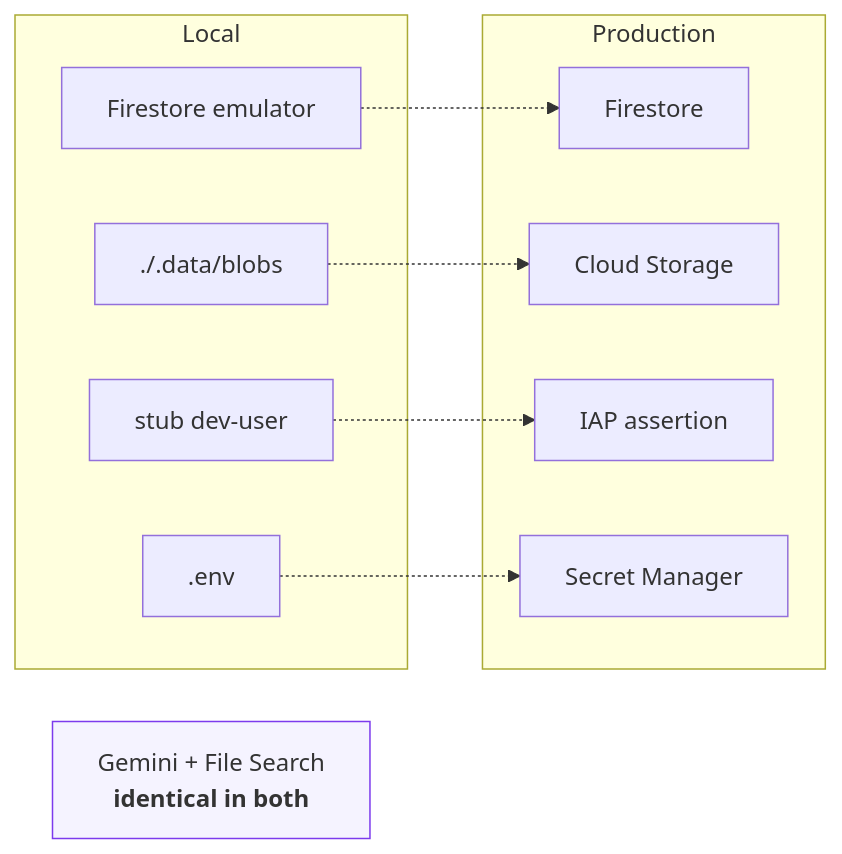
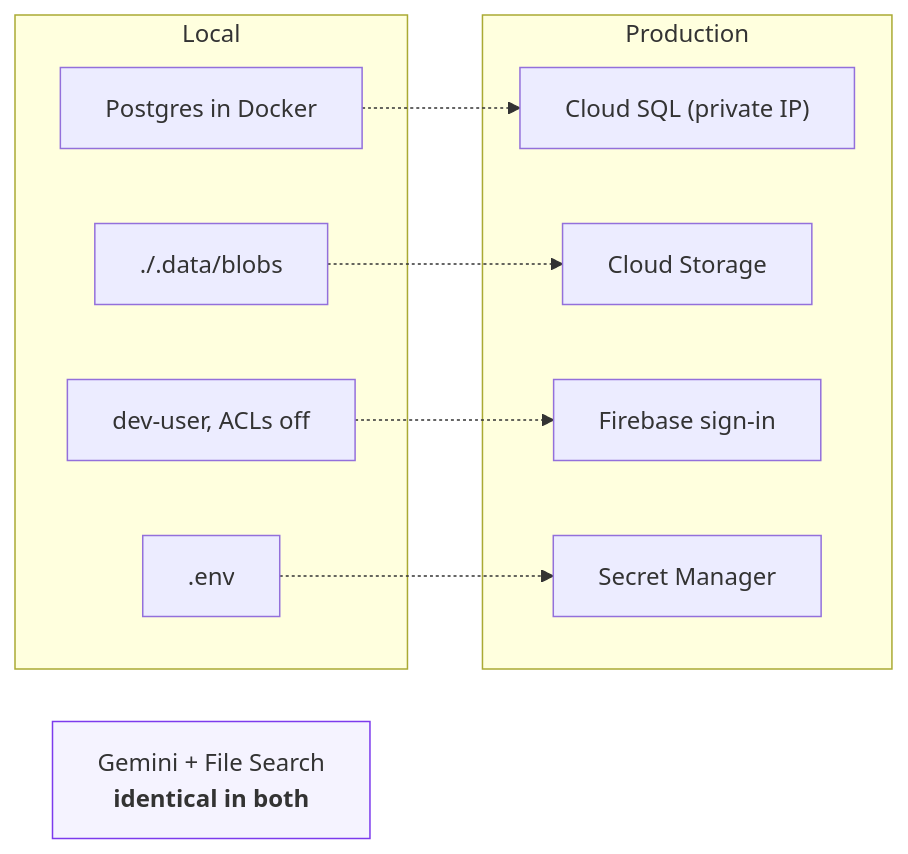
Before and after one commit to BuildGeekAI/scholar-mind: the second of 4 diagrams in docs/development/README.md, drawn with Mermaid. The commit also changed other lines of this file and 6 other files, not shown here.

````diff
--- a/docs/development/README.md
+++ b/docs/development/README.md
@@ -57,23 +109,23 @@
 ```mermaid
 flowchart LR
     subgraph L["Local"]
-        L1["Firestore emulator"]
+        L1["Postgres in Docker"]
         L2["./.data/blobs"]
-        L3["stub dev-user"]
+        L3["dev-user, ACLs off"]
         L4[".env"]
     end
     subgraph P["Production"]
-        P1["Firestore"]
+        P1["Cloud SQL (private IP)"]
         P2["Cloud Storage"]
-        P3["IAP assertion"]
+        P3["Firebase sign-in"]
         P4["Secret Manager"]
     end
     L1 -.-> P1
     L2 -.-> P2
     L3 -.-> P3
     L4 -.-> P4
 
     R["Gemini + File Search<br/><b>identical in both</b>"]
 
     style R fill:#f5f3ff,stroke:#7c3aed
 ```
````
